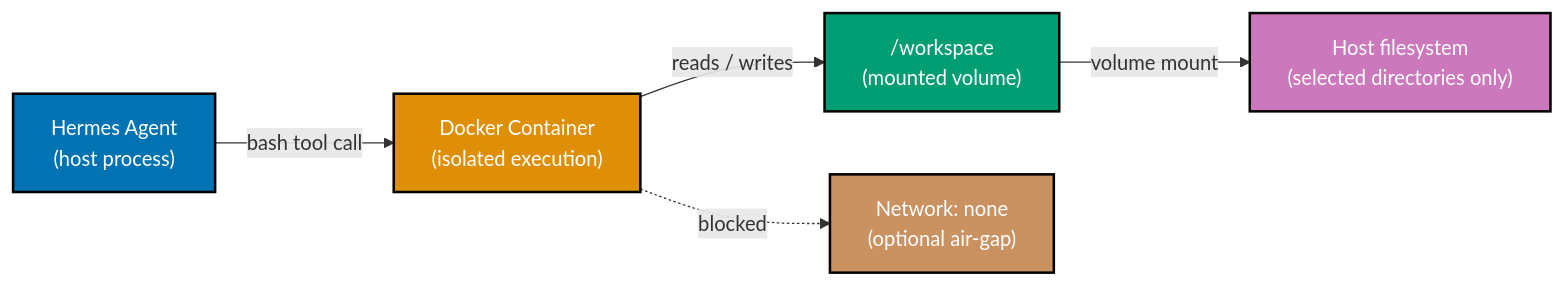
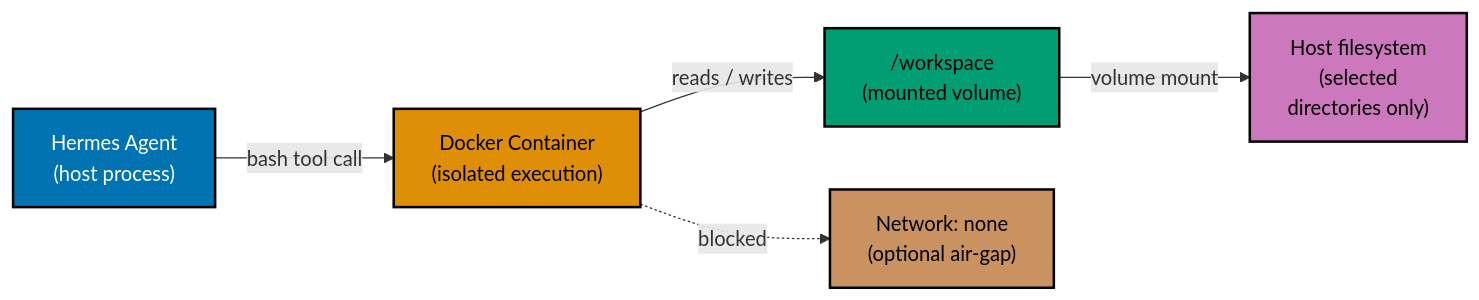
The second of 2 diagrams in apps/ayokoding-www/content/en/learn/legacy/artificial-intelligence/tools/hermes-agent/by-concept/advanced.md (wahidyankf/ose-public), drawn with Mermaid before and after one commit. The commit also changed other lines of this file and 50 other files, not shown here.

First line of the commit message:
fix(mermaid): bring the docs, governance, plans, and legacy AI diagrams onto the accessible palette

````diff
--- a/apps/ayokoding-www/content/en/learn/legacy/artificial-intelligence/tools/hermes-agent/by-concept/advanced.md
+++ b/apps/ayokoding-www/content/en/learn/legacy/artificial-intelligence/tools/hermes-agent/by-concept/advanced.md
@@ -234,22 +237,25 @@
 ```mermaid
 %% Color Palette: Blue #0173B2, Orange #DE8F05, Teal #029E73, Purple #CC78BC, Brown #CA9161
 %% All colors are color-blind friendly and meet WCAG AA contrast standards
 
 graph LR
+    accTitle: Section 32: Docker Terminal Backend
+    accDescr: Graph with 5 nodes and 4 connections. Nodes: Hermes Agent (host process), Docker Container (isolated execution), /workspace (mounted volume), Host filesystem (selected directories only), Network: none (optional air-gap). Connections: Hermes Agent (host process) to Docker Container (isolated execution) (bash tool call), Docker Container (isolated execution) to /workspace (mounted volume) (reads / writes), /workspace (mounted volume) to Host filesystem (selected directories only) (volume mount), Docker Container (isolated execution) to Network: none (optional air-gap) (blocked).
     HERMES["Hermes Agent<br/>(host process)"]:::blue
     CONTAINER["Docker Container<br/>(isolated execution)"]:::orange
     WORKSPACE["/workspace<br/>(mounted volume)"]:::teal
-    HOST_FS["Host filesystem<br/>(selected directories only)"]:::purple
+    HOST_FS["Host filesystem<br/>(selected<br/>directories only)"]:::purple
     NETWORK_NONE["Network: none<br/>(optional air-gap)"]:::brown
 
     HERMES -->|"bash tool call"| CONTAINER
     CONTAINER -->|"reads / writes"| WORKSPACE
     WORKSPACE -->|"volume mount"| HOST_FS
     CONTAINER -.->|"blocked"| NETWORK_NONE
 
     classDef blue fill:#0173B2,stroke:#000000,color:#FFFFFF,stroke-width:2px
-    classDef orange fill:#DE8F05,stroke:#000000,color:#FFFFFF,stroke-width:2px
-    classDef teal fill:#029E73,stroke:#000000,color:#FFFFFF,stroke-width:2px
-    classDef purple fill:#CC78BC,stroke:#000000,color:#FFFFFF,stroke-width:2px
-    classDef brown fill:#CA9161,stroke:#000000,color:#FFFFFF,stroke-width:2px
+    classDef orange fill:#DE8F05,stroke:#000000,color:#000000,stroke-width:2px
+    classDef teal fill:#029E73,stroke:#000000,color:#000000,stroke-width:2px
+    classDef purple fill:#CC78BC,stroke:#000000,color:#000000,stroke-width:2px
+    classDef brown fill:#CA9161,stroke:#000000,color:#000000,stroke-width:2px
+    classDef default fill:#FFFFFF,stroke:#000000,color:#000000
 ```
````
